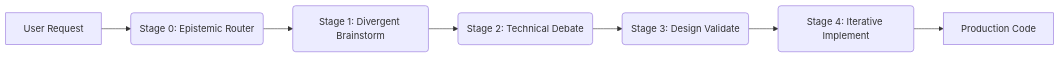
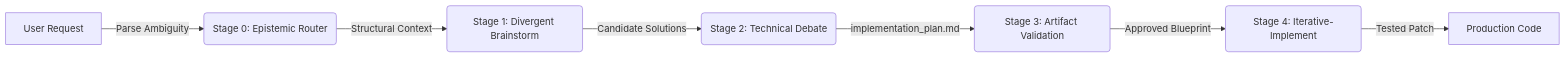
Before and after one commit to nferrer-dev/antigravity-core: the first of 2 diagrams in README.md, drawn with Mermaid.

Commit message:
Detail artifact payload flow in high-level diagram

````diff
--- a/README.md
+++ b/README.md
@@ -20,9 +20,9 @@
 ```mermaid
 graph LR
-    A[User Request] --> B(Stage 0: Epistemic Router)
-    B --> C(Stage 1: Divergent Brainstorm)
-    C --> D(Stage 2: Technical Debate)
-    D --> E(Stage 3: Design Validate)
-    E --> F(Stage 4: Iterative Implement)
-    F --> G[Production Code]
+    A[User Request] -->|Parse Ambiguity| B(Stage 0: Epistemic Router)
+    B -->|Structural Context| C(Stage 1: Divergent Brainstorm)
+    C -->|Candidate Solutions| D(Stage 2: Technical Debate)
+    D -->|implementation_plan.md| E(Stage 3: Artifact Validation)
+    E -->|Approved Blueprint| F(Stage 4: Iterative-Implement)
+    F -->|Tested Patch| G[Production Code]
 ```
````
